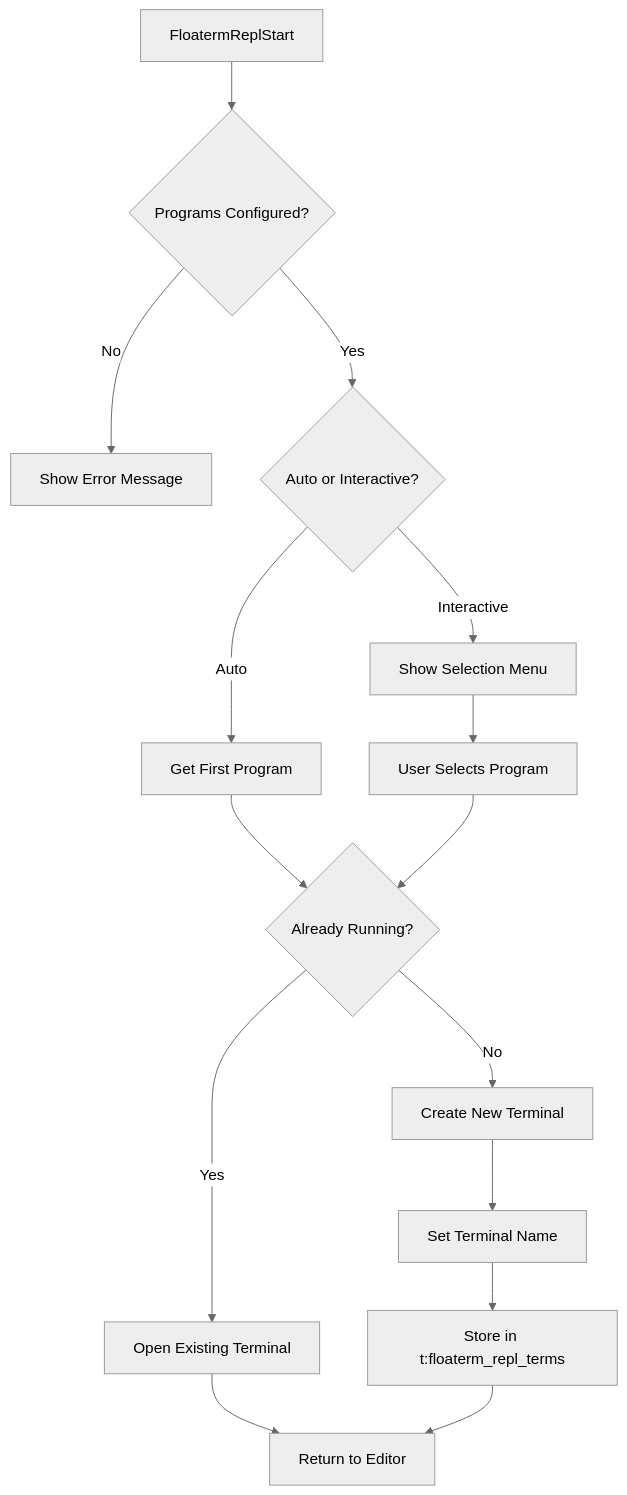
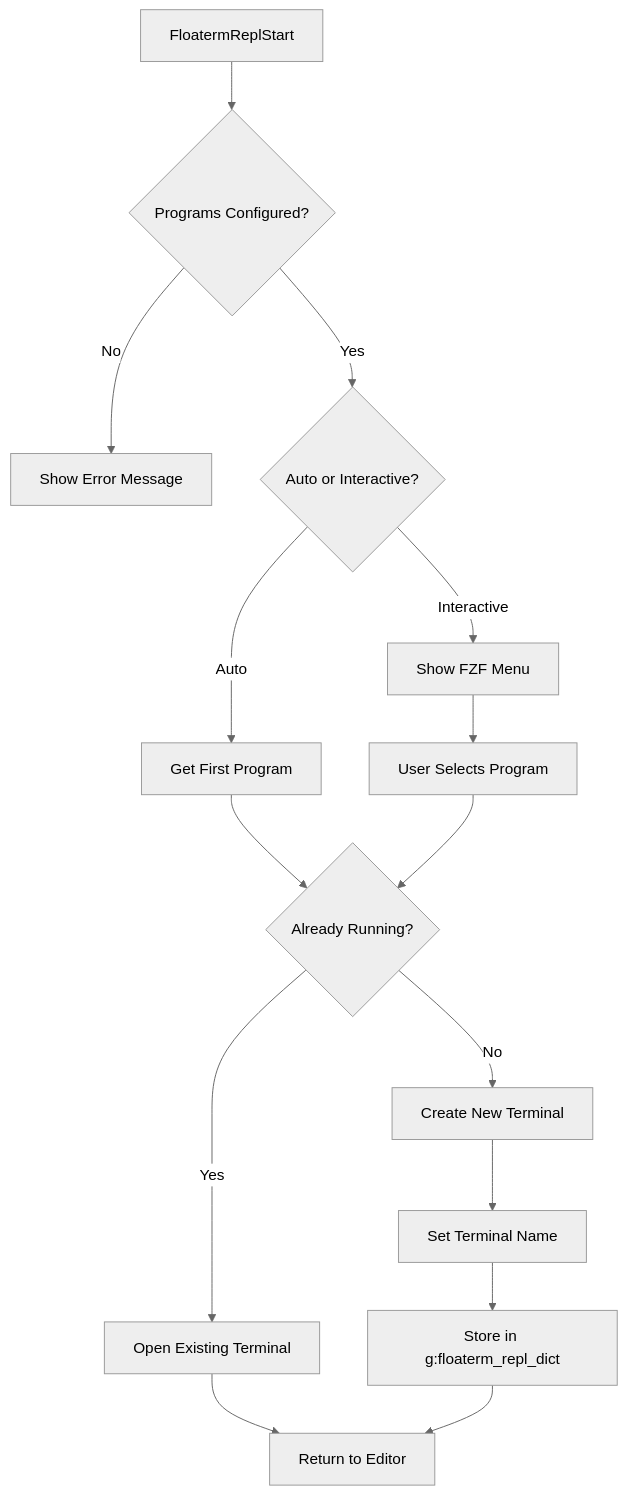
Before and after one commit to leoatchina/leovim: the diagram in conf.d/pack/leo/opt/vim-floaterm-enhance/README.md, drawn with Mermaid (neutral theme). The commit also changed other lines of this file and 1 other file, not shown here.

````diff
--- a/conf.d/pack/leo/opt/vim-floaterm-enhance/README.md
+++ b/conf.d/pack/leo/opt/vim-floaterm-enhance/README.md
@@ -13,17 +11,17 @@
 ```mermaid
 graph TB
     Start[FloatermReplStart] --> Check{Programs Configured?}
     Check -->|No| Error[Show Error Message]
     Check -->|Yes| SelectMode{Auto or Interactive?}
     SelectMode -->|Auto| GetFirst[Get First Program]
-    SelectMode -->|Interactive| ShowMenu[Show Selection Menu]
+    SelectMode -->|Interactive| ShowMenu[Show FZF Menu]
     GetFirst --> CheckRunning{Already Running?}
     ShowMenu --> UserSelect[User Selects Program]
     UserSelect --> CheckRunning
     CheckRunning -->|Yes| OpenExist[Open Existing Terminal]
     CheckRunning -->|No| CreateNew[Create New Terminal]
     CreateNew --> SetName[Set Terminal Name]
-    SetName --> StoreMap[Store in t:floaterm_repl_terms]
+    SetName --> StoreMap[Store in g:floaterm_repl_dict]
     OpenExist --> Return[Return to Editor]
     StoreMap --> Return
 ```
````
